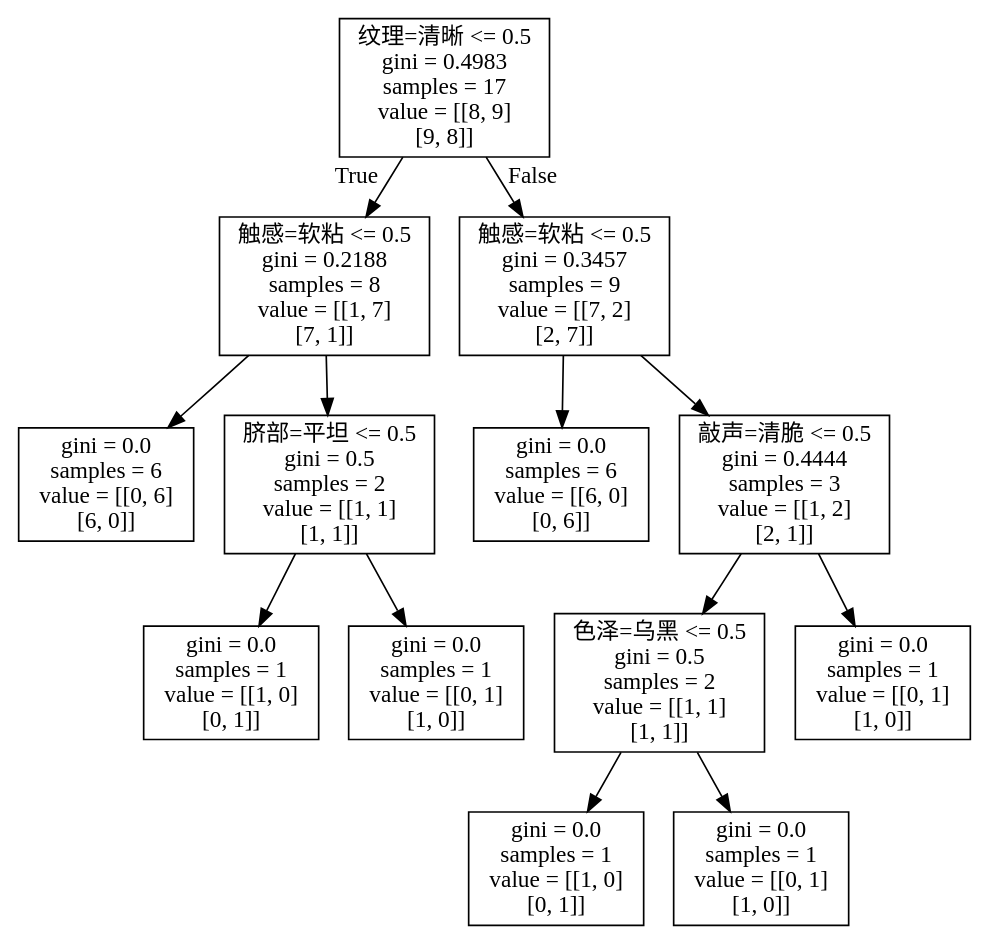
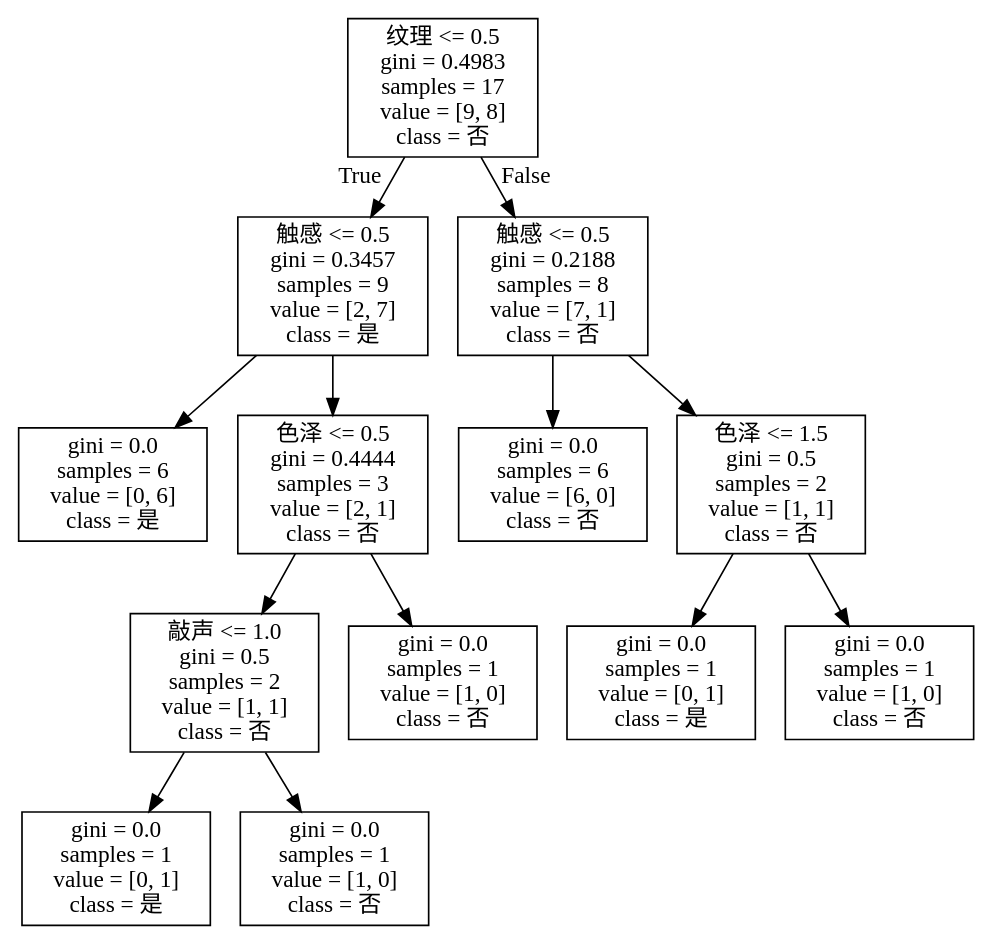
Before and after one commit to noonecare/data-mining: the diagram in decision_tree_problems/gini_decision_tree.dot, drawn with Graphviz. The commit also changed 12 other files, not shown here.

```diff
--- a/decision_tree_problems/gini_decision_tree.dot
+++ b/decision_tree_problems/gini_decision_tree.dot
@@ -1,28 +1,28 @@
 digraph Tree {
-node [shape=box, fontname="FangSong"] ;
-0 [label="纹理=清晰 <= 0.5\ngini = 0.4983\nsamples = 17\nvalue = [[8, 9]\n[9, 8]]"] ;
-1 [label="触感=软粘 <= 0.5\ngini = 0.2188\nsamples = 8\nvalue = [[1, 7]\n[7, 1]]"] ;
+node [shape=box] ;
+0 [label="纹理 <= 0.5\ngini = 0.4983\nsamples = 17\nvalue = [9, 8]\nclass = 否"] ;
+1 [label="触感 <= 0.5\ngini = 0.3457\nsamples = 9\nvalue = [2, 7]\nclass = 是"] ;
 0 -> 1 [labeldistance=2.5, labelangle=45, headlabel="True"] ;
-2 [label="gini = 0.0\nsamples = 6\nvalue = [[0, 6]\n[6, 0]]"] ;
+2 [label="gini = 0.0\nsamples = 6\nvalue = [0, 6]\nclass = 是"] ;
 1 -> 2 ;
-3 [label="脐部=平坦 <= 0.5\ngini = 0.5\nsamples = 2\nvalue = [[1, 1]\n[1, 1]]"] ;
+3 [label="色泽 <= 0.5\ngini = 0.4444\nsamples = 3\nvalue = [2, 1]\nclass = 否"] ;
 1 -> 3 ;
-4 [label="gini = 0.0\nsamples = 1\nvalue = [[1, 0]\n[0, 1]]"] ;
+4 [label="敲声 <= 1.0\ngini = 0.5\nsamples = 2\nvalue = [1, 1]\nclass = 否"] ;
 3 -> 4 ;
-5 [label="gini = 0.0\nsamples = 1\nvalue = [[0, 1]\n[1, 0]]"] ;
-3 -> 5 ;
-6 [label="触感=软粘 <= 0.5\ngini = 0.3457\nsamples = 9\nvalue = [[7, 2]\n[2, 7]]"] ;
-0 -> 6 [labeldistance=2.5, labelangle=-45, headlabel="False"] ;
-7 [label="gini = 0.0\nsamples = 6\nvalue = [[6, 0]\n[0, 6]]"] ;
-6 -> 7 ;
-8 [label="敲声=清脆 <= 0.5\ngini = 0.4444\nsamples = 3\nvalue = [[1, 2]\n[2, 1]]"] ;
-6 -> 8 ;
-9 [label="色泽=乌黑 <= 0.5\ngini = 0.5\nsamples = 2\nvalue = [[1, 1]\n[1, 1]]"] ;
+5 [label="gini = 0.0\nsamples = 1\nvalue = [0, 1]\nclass = 是"] ;
+4 -> 5 ;
+6 [label="gini = 0.0\nsamples = 1\nvalue = [1, 0]\nclass = 否"] ;
+4 -> 6 ;
+7 [label="gini = 0.0\nsamples = 1\nvalue = [1, 0]\nclass = 否"] ;
+3 -> 7 ;
+8 [label="触感 <= 0.5\ngini = 0.2188\nsamples = 8\nvalue = [7, 1]\nclass = 否"] ;
+0 -> 8 [labeldistance=2.5, labelangle=-45, headlabel="False"] ;
+9 [label="gini = 0.0\nsamples = 6\nvalue = [6, 0]\nclass = 否"] ;
 8 -> 9 ;
-10 [label="gini = 0.0\nsamples = 1\nvalue = [[1, 0]\n[0, 1]]"] ;
-9 -> 10 ;
-11 [label="gini = 0.0\nsamples = 1\nvalue = [[0, 1]\n[1, 0]]"] ;
-9 -> 11 ;
-12 [label="gini = 0.0\nsamples = 1\nvalue = [[0, 1]\n[1, 0]]"] ;
-8 -> 12 ;
+10 [label="色泽 <= 1.5\ngini = 0.5\nsamples = 2\nvalue = [1, 1]\nclass = 否"] ;
+8 -> 10 ;
+11 [label="gini = 0.0\nsamples = 1\nvalue = [0, 1]\nclass = 是"] ;
+10 -> 11 ;
+12 [label="gini = 0.0\nsamples = 1\nvalue = [1, 0]\nclass = 否"] ;
+10 -> 12 ;
 }
```
